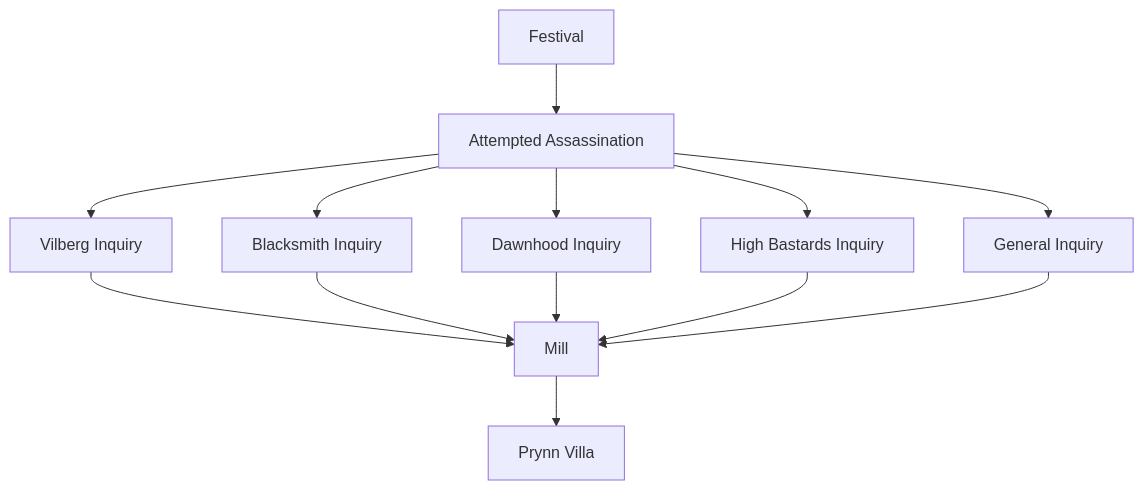
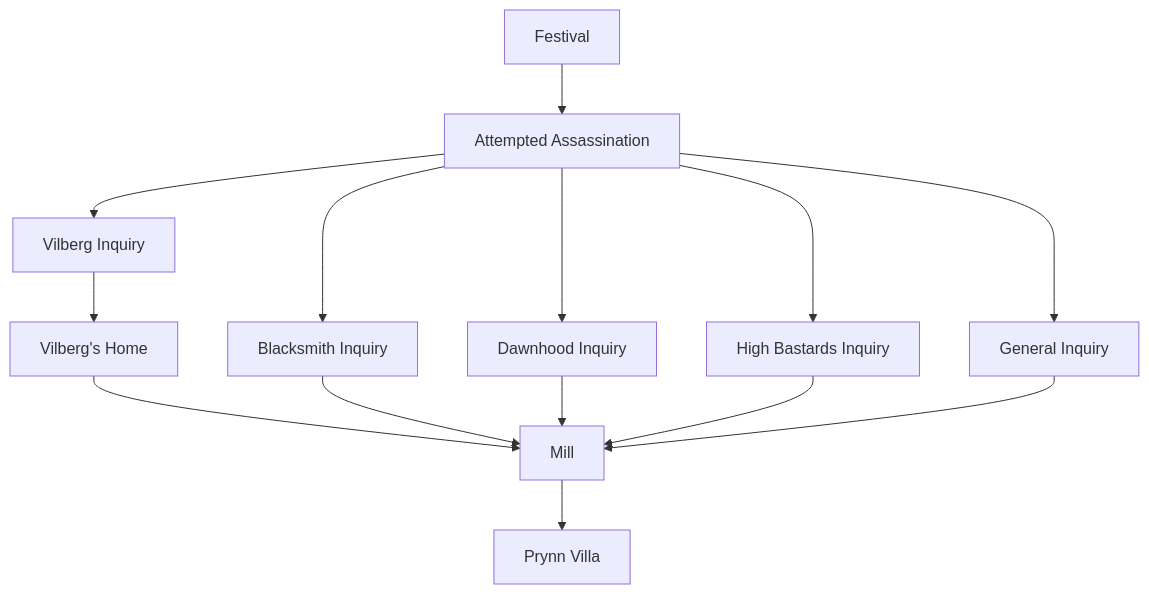
Before and after one commit to ZuishinGit/homebrew: the diagram in ObsidianVaults/Forgotten March/Forgotten March/Adventure Paths/Cabarin's Corrupted.md, drawn with Mermaid. The commit also changed 1 other file, not shown here.

````diff
--- a/ObsidianVaults/Forgotten March/Forgotten March/Adventure Paths/Cabarin's Corrupted.md
+++ b/ObsidianVaults/Forgotten March/Forgotten March/Adventure Paths/Cabarin's Corrupted.md
@@ -5,26 +5,26 @@
 ```mermaid
 flowchart TD
 
 a[Festival]
 b[Attempted Assassination]
 c[Vilberg Inquiry]
 d[Mill]
 e[Prynn Villa]
 
 f[Blacksmith Inquiry]
 g[Dawnhood Inquiry]
 h[High Bastards Inquiry]
 i[General Inquiry]
 
+j[Vilberg's Home]
 
-
-a-->b-->c-->d
+a-->b-->c-->j-->d
 b-->f-->d
 b-->g-->d
 b-->h-->d
 b-->i-->d
 d-->e
 
 
 
 ```
````
